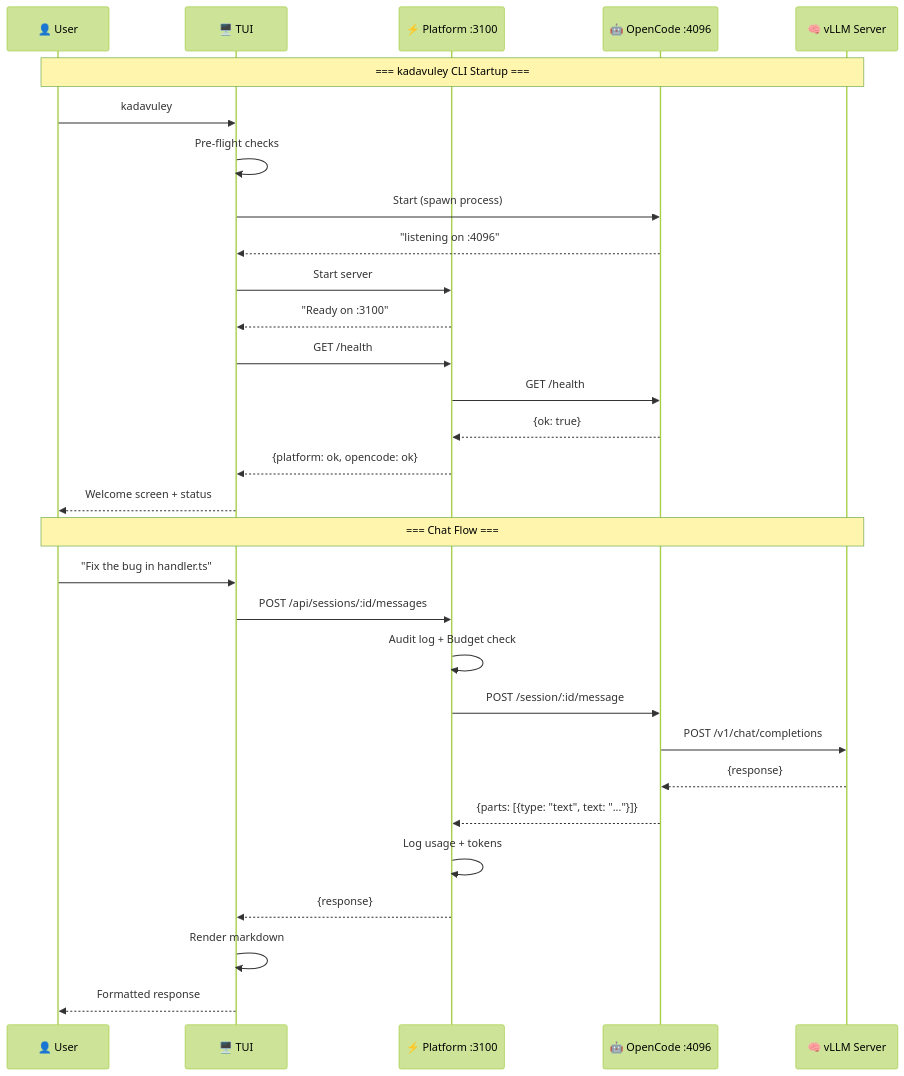
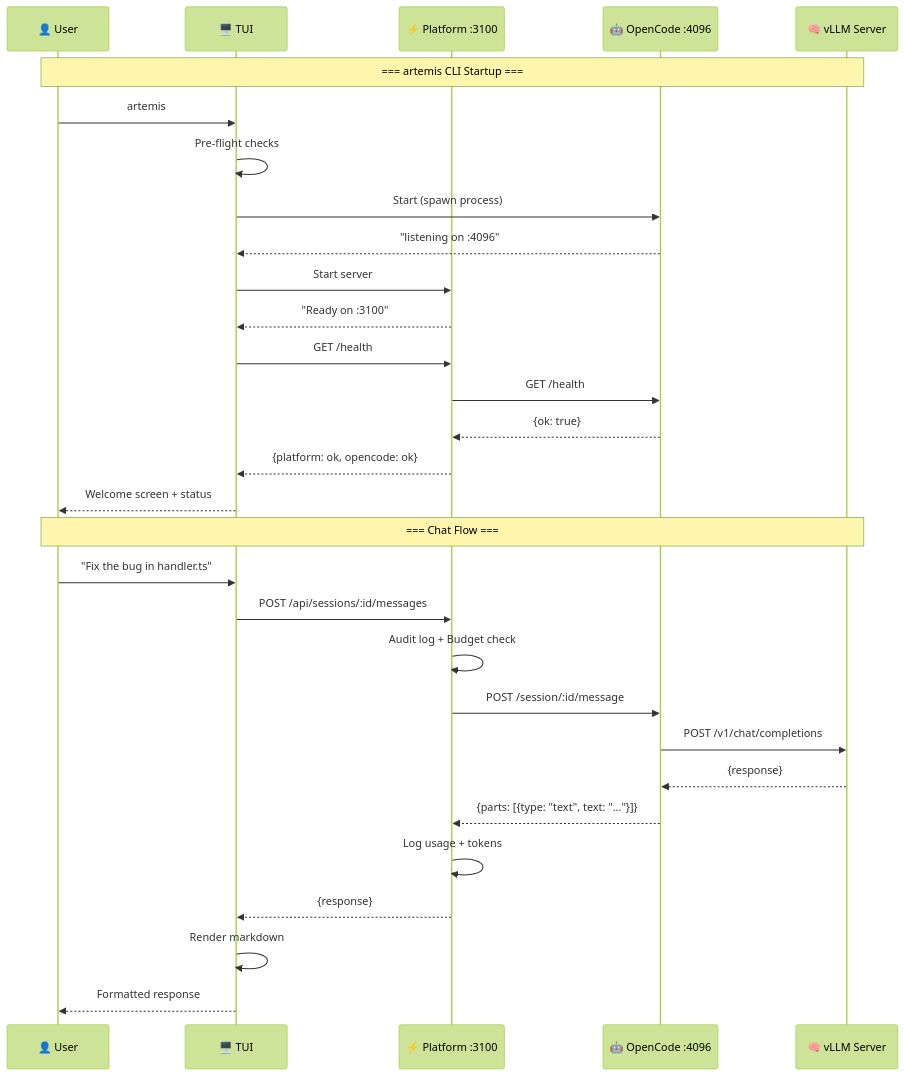
Before and after one commit to TW-10561/AI-Coding-Agent: the diagram in platform/docs/diagrams/02-request-flow.md, drawn with Mermaid (forest theme). The commit also changed other lines of this file and 20 other files, not shown here.

````diff
--- a/platform/docs/diagrams/02-request-flow.md
+++ b/platform/docs/diagrams/02-request-flow.md
@@ -4,36 +4,36 @@
 ```mermaid
 sequenceDiagram
     participant U as 👤 User
     participant TUI as 🖥️ TUI
     participant Plat as ⚡ Platform :3100
     participant OC as 🤖 OpenCode :4096
     participant LLM as 🧠 vLLM Server
 
-    Note over U,LLM: === kadavuley CLI Startup ===
+    Note over U,LLM: === artemis CLI Startup ===
     
-    U->>TUI: kadavuley
+    U->>TUI: artemis
     TUI->>TUI: Pre-flight checks
     TUI->>OC: Start (spawn process)
     OC-->>TUI: "listening on :4096"
     TUI->>Plat: Start server
     Plat-->>TUI: "Ready on :3100"
     TUI->>Plat: GET /health
     Plat->>OC: GET /health
     OC-->>Plat: {ok: true}
     Plat-->>TUI: {platform: ok, opencode: ok}
     TUI-->>U: Welcome screen + status
 
     Note over U,LLM: === Chat Flow ===
 
     U->>TUI: "Fix the bug in handler.ts"
     TUI->>Plat: POST /api/sessions/:id/messages
     Plat->>Plat: Audit log + Budget check
     Plat->>OC: POST /session/:id/message
     OC->>LLM: POST /v1/chat/completions
     LLM-->>OC: {response}
     OC-->>Plat: {parts: [{type: "text", text: "..."}]}
     Plat->>Plat: Log usage + tokens
     Plat-->>TUI: {response}
     TUI->>TUI: Render markdown
     TUI-->>U: Formatted response
 ```
````
